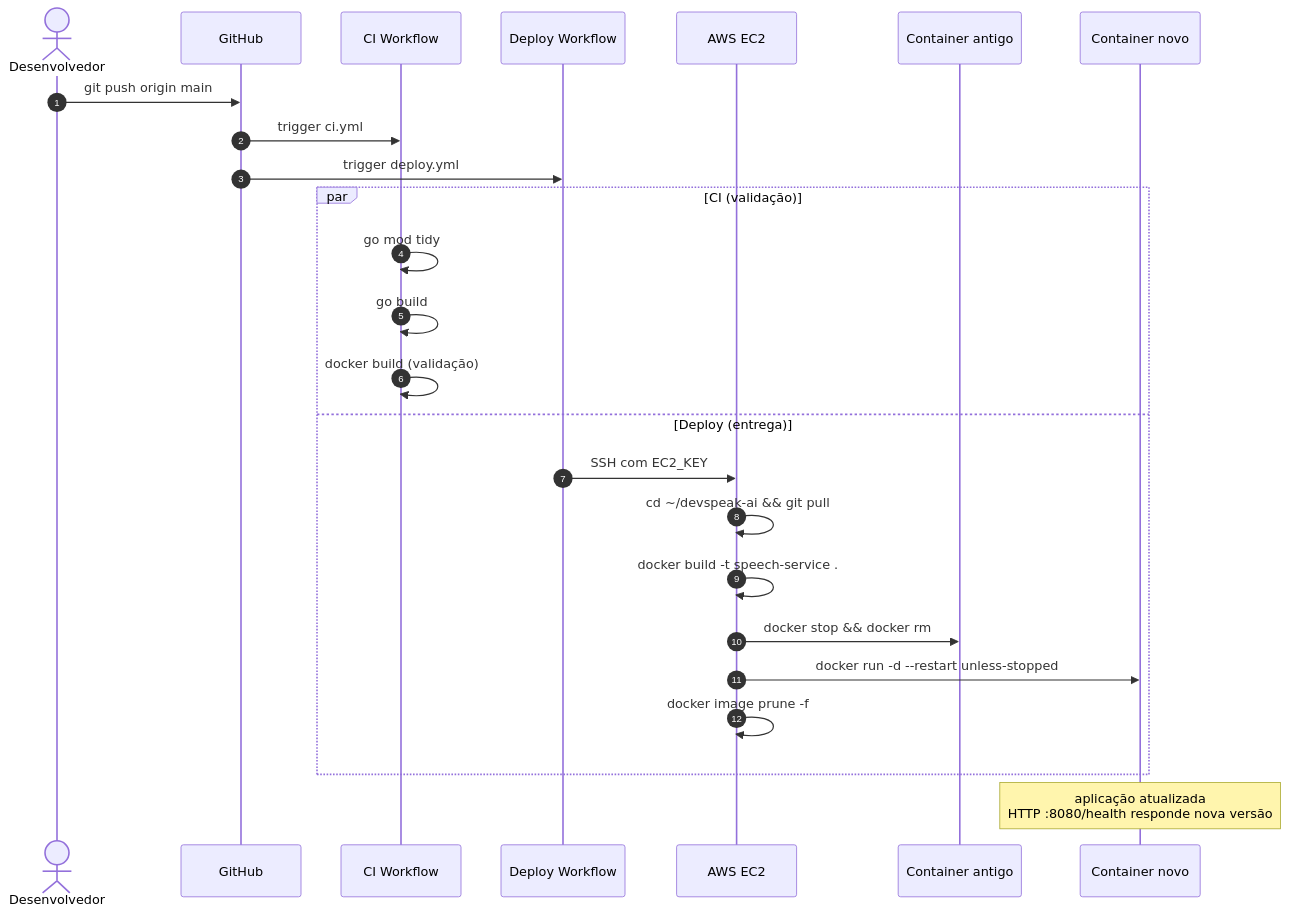
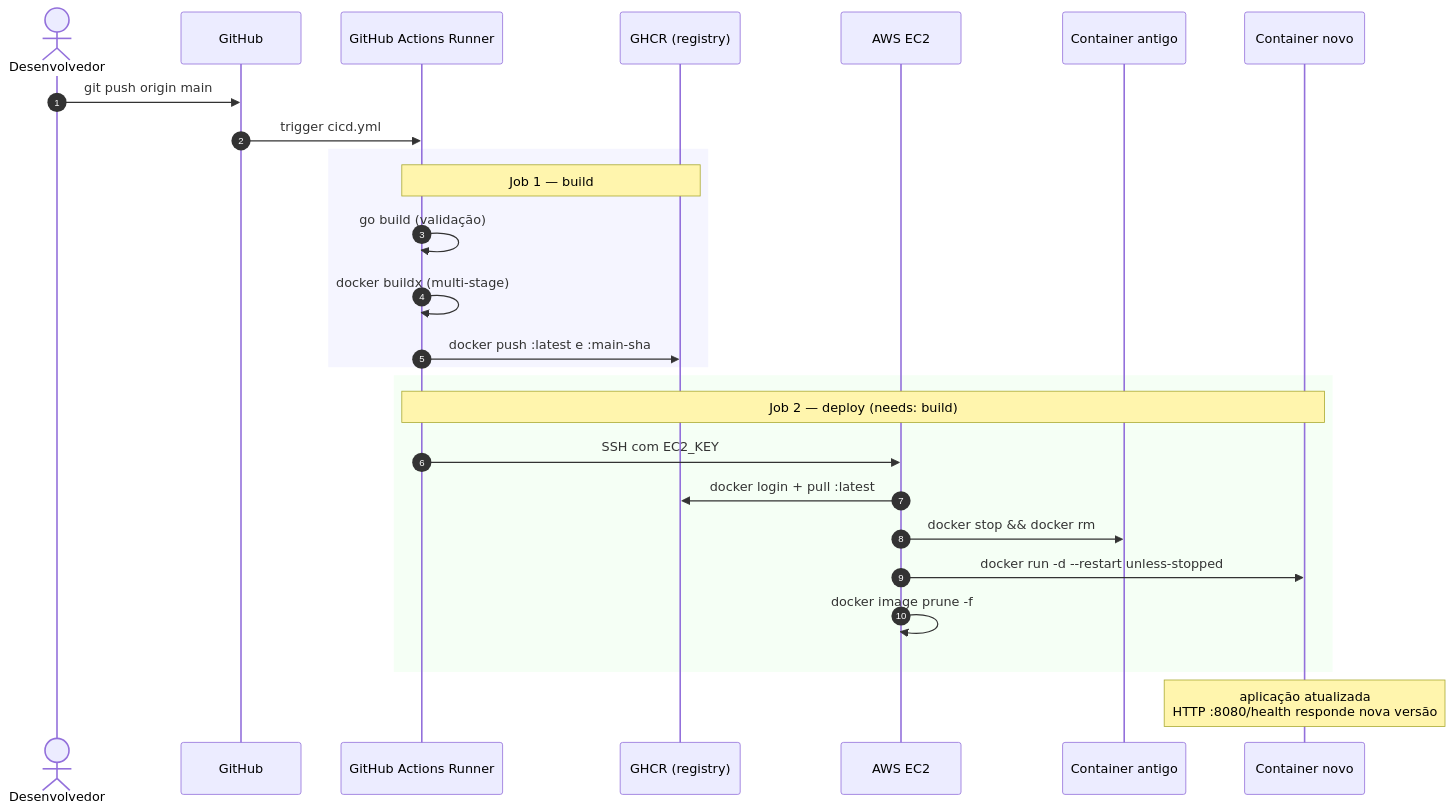
One commit to Dudainfinity/devspeak-ai changed the third of 4 diagrams in docs/architecture.md. Above: the diagram before and after it, drawn with Mermaid. The commit also changed other lines of this file and 6 other files, not shown here.

First line of the commit message:
Publish images to GHCR; deploy now pulls instead of building on EC2

````diff
--- a/docs/architecture.md
+++ b/docs/architecture.md
@@ -92,30 +92,32 @@
 ```mermaid
 sequenceDiagram
     autonumber
     actor Dev as Desenvolvedor
     participant GH as GitHub
-    participant CI as CI Workflow
-    participant CD as Deploy Workflow
+    participant Runner as GitHub Actions Runner
+    participant GHCR as GHCR (registry)
     participant EC2 as AWS EC2
     participant Old as Container antigo
     participant New as Container novo
 
     Dev->>GH: git push origin main
-    GH->>CI: trigger ci.yml
-    GH->>CD: trigger deploy.yml
+    GH->>Runner: trigger cicd.yml
 
-    par CI (validação)
-        CI->>CI: go mod tidy
-        CI->>CI: go build
-        CI->>CI: docker build (validação)
-    and Deploy (entrega)
-        CD->>EC2: SSH com EC2_KEY
-        EC2->>EC2: cd ~/devspeak-ai && git pull
-        EC2->>EC2: docker build -t speech-service .
-        EC2->>Old: docker stop && docker rm
-        EC2->>New: docker run -d --restart unless-stopped
-        EC2->>EC2: docker image prune -f
+    rect rgb(245, 245, 255)
+    Note over Runner,GHCR: Job 1 — build
+    Runner->>Runner: go build (validação)
+    Runner->>Runner: docker buildx (multi-stage)
+    Runner->>GHCR: docker push :latest e :main-sha
+    end
+
+    rect rgb(245, 255, 245)
+    Note over Runner,New: Job 2 — deploy (needs: build)
+    Runner->>EC2: SSH com EC2_KEY
+    EC2->>GHCR: docker login + pull :latest
+    EC2->>Old: docker stop && docker rm
+    EC2->>New: docker run -d --restart unless-stopped
+    EC2->>EC2: docker image prune -f
     end
 
     Note over New: aplicação atualizada<br/>HTTP :8080/health responde nova versão
 ```
````
